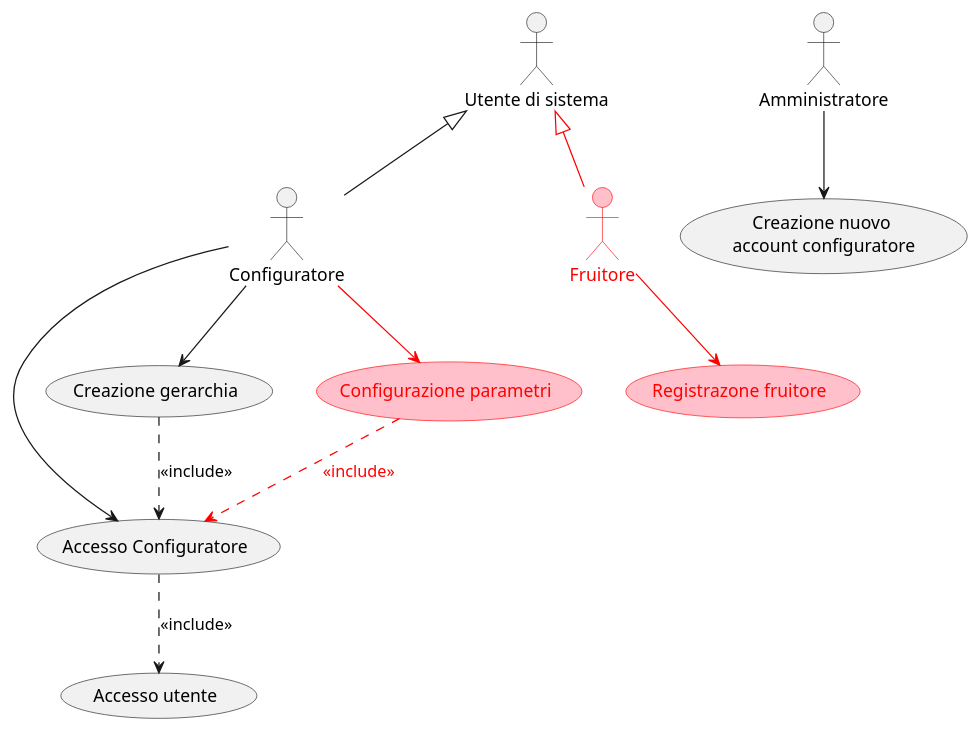
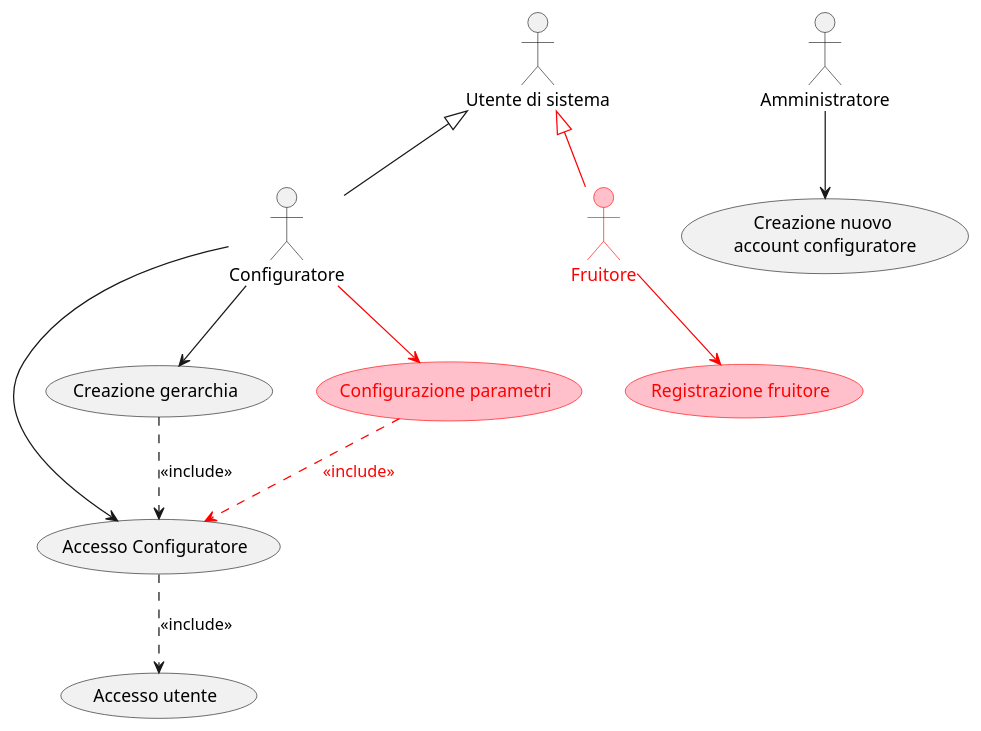
The diagram in DOC/VER2/diagrams/use_case/version_2.puml (Matlice/ing_sw_2022), drawn with PlantUML before and after one commit. The commit also changed 1 other file, not shown here.

Commit message:
Casi uso UML versione 3

```diff
--- a/DOC/VER2/diagrams/use_case/version_2.puml
+++ b/DOC/VER2/diagrams/use_case/version_2.puml
@@ -1,29 +1,29 @@
 @startuml
 
 :Utente di sistema: as user
 :Configuratore: as conf
 :Amministratore: as adm
 
 conf -up-|> user
 conf --> (Accesso Configuratore)
 conf --> (Creazione gerarchia)
 
 adm --> (Creazione nuovo \naccount configuratore)
 
 (Accesso Configuratore) ..> (Accesso utente): <<include>>
 (Creazione gerarchia) ..> (Accesso Configuratore): <<include>>
 
 'VERSIONE 2 ===========================================
 
 :Fruitore: as fruit #pink;line:red;text:red
 
 fruit -up-|> user #red;text:red
 
 (Configurazione parametri)  #pink;line:red;text:red
-(Registrazone fruitore) #pink;line:red;text:red
+(Registrazione fruitore) #pink;line:red;text:red
 
 conf --> (Configurazione parametri) #red;text:red
-fruit --> (Registrazone fruitore) #red;text:red
+fruit --> (Registrazione fruitore) #red;text:red
 (Configurazione parametri) ..> (Accesso Configuratore) #red;text:red : <<include>>
 
 @enduml
```
